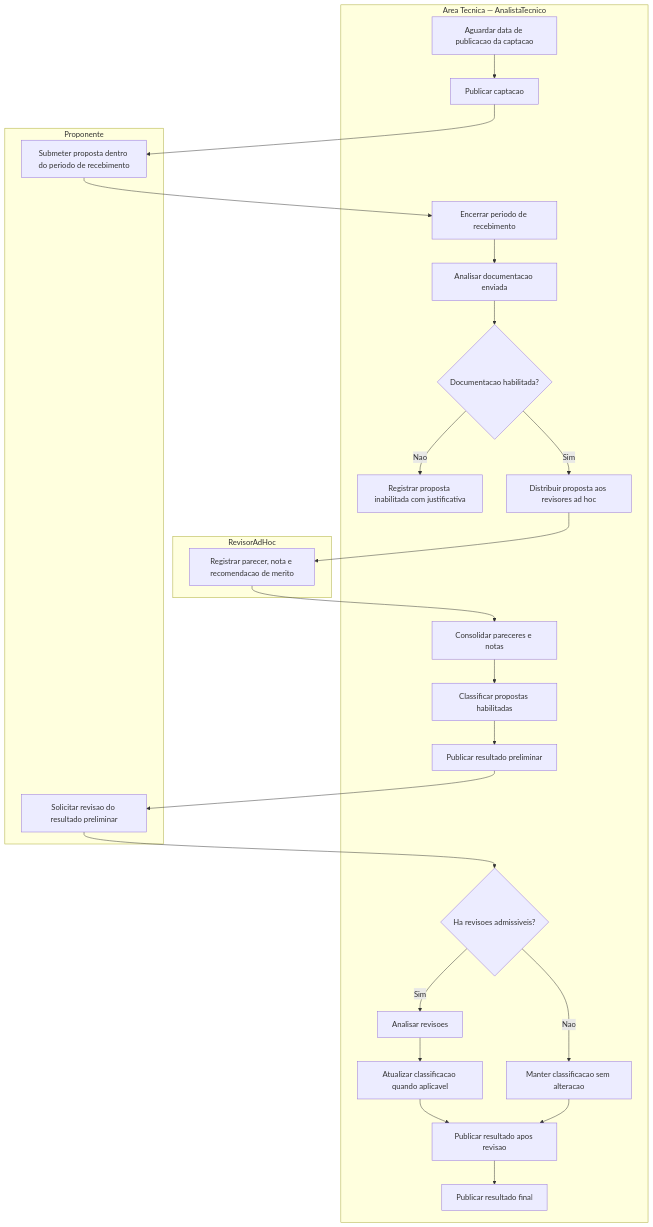
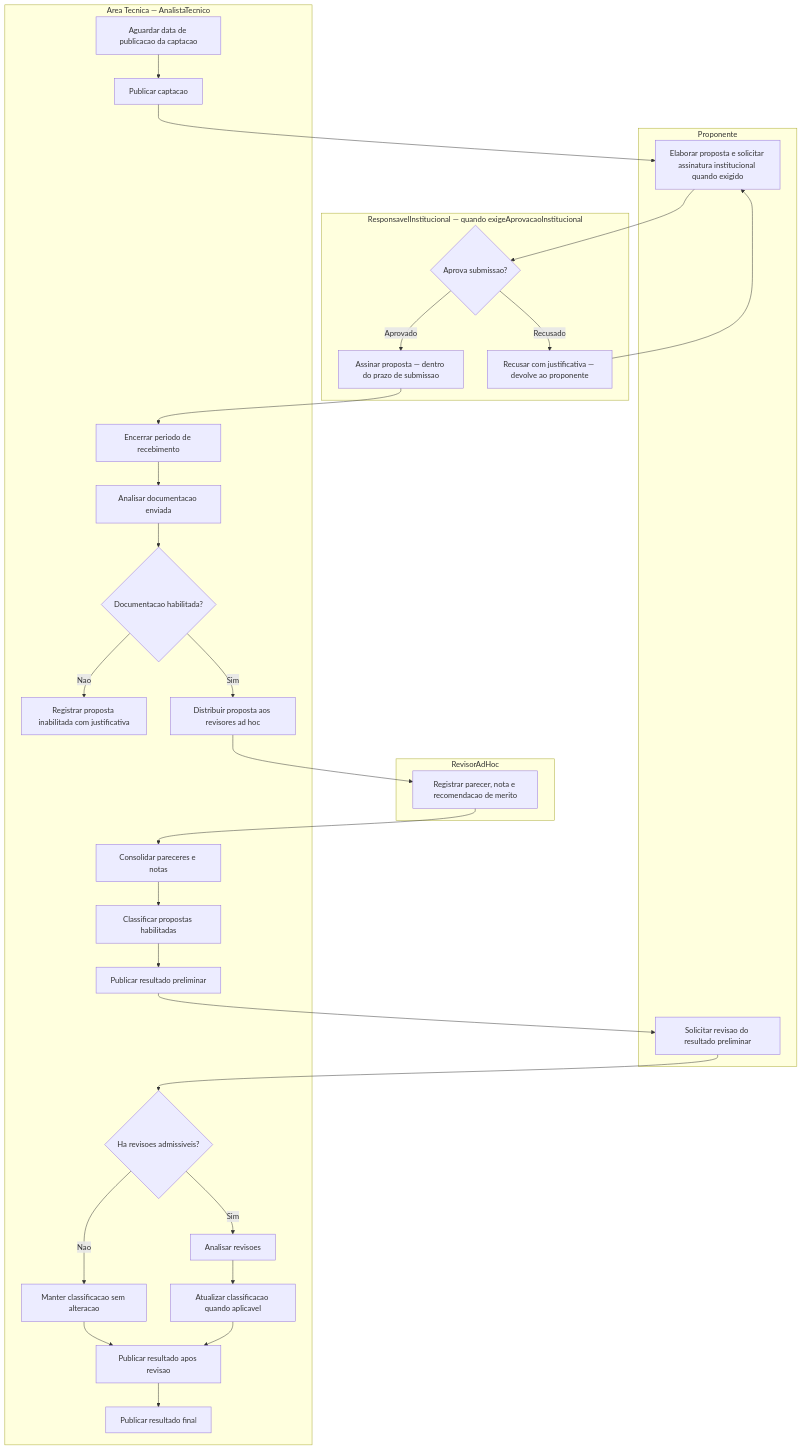
One commit to Czzped/conecta-fapes-teste changed the first of 4 diagrams in docs/implementation/modules/M011-configuracao-captacao/process-selecao-projetos.md. Above: the diagram before and after it, drawn with Mermaid. The commit also changed other lines of this file and 3 other files, not shown here.

````diff
--- a/docs/implementation/modules/M011-configuracao-captacao/process-selecao-projetos.md
+++ b/docs/implementation/modules/M011-configuracao-captacao/process-selecao-projetos.md
@@ -35,50 +36,58 @@
 ```mermaid
 flowchart TD
     subgraph AreaTecnica[Area Tecnica — AnalistaTecnico]
         A[Aguardar data de publicacao da captacao]
         A1[Publicar captacao]
         E[Encerrar periodo de recebimento]
         F[Analisar documentacao enviada]
         G{Documentacao habilitada?}
         H[Registrar proposta inabilitada com justificativa]
         I[Distribuir proposta aos revisores ad hoc]
         K[Consolidar pareceres e notas]
         L[Classificar propostas habilitadas]
         M[Publicar resultado preliminar]
         O{Ha revisoes admissiveis?}
         P[Analisar revisoes]
         Q[Atualizar classificacao quando aplicavel]
         R[Manter classificacao sem alteracao]
         S[Publicar resultado apos revisao]
         T[Publicar resultado final]
     end
 
     subgraph Proponente[Proponente]
-        D[Submeter proposta dentro do periodo de recebimento]
+        D[Elaborar proposta e solicitar assinatura institucional quando exigido]
         N[Solicitar revisao do resultado preliminar]
+    end
+
+    subgraph ResponsavelInstitucional[ResponsavelInstitucional — quando exigeAprovacaoInstitucional]
+        AI_DEC{Aprova submissao?}
+        AI_OK[Assinar proposta — dentro do prazo de submissao]
+        AI_NOK[Recusar com justificativa — devolve ao proponente]
     end
 
     subgraph Revisor[RevisorAdHoc]
         J[Registrar parecer, nota e recomendacao de merito]
     end
 
     A --> A1
     A1 --> D
-    D --> E
+    D --> AI_DEC
+    AI_DEC -->|Aprovado| AI_OK --> E
+    AI_DEC -->|Recusado| AI_NOK --> D
     E --> F
     F --> G
     G -->|Nao| H
     G -->|Sim| I
     I --> J
     J --> K
     K --> L
     L --> M
     M --> N
     N --> O
     O -->|Sim| P
     P --> Q
     Q --> S
     O -->|Nao| R
     R --> S
     S --> T
 ```
````
